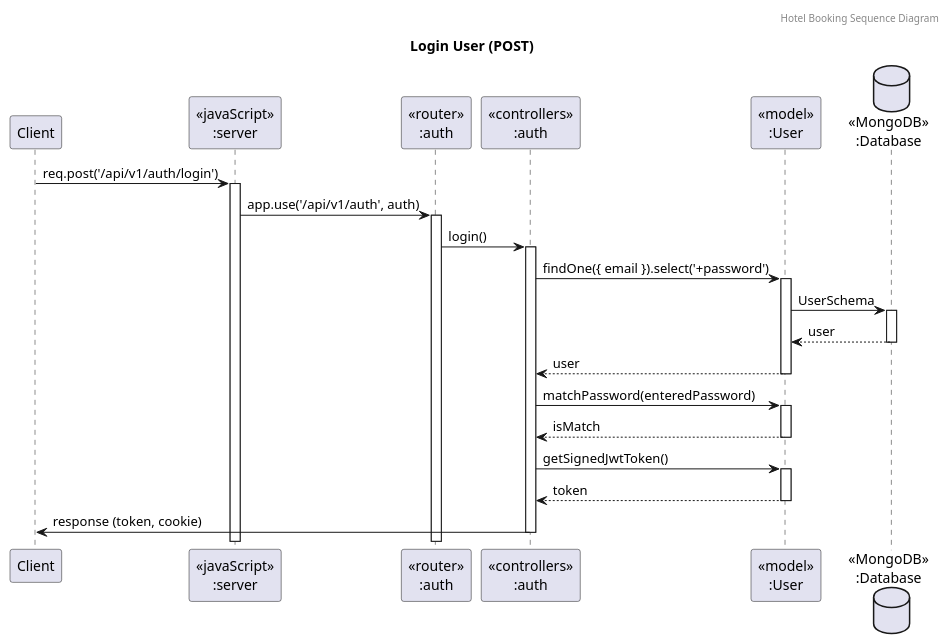
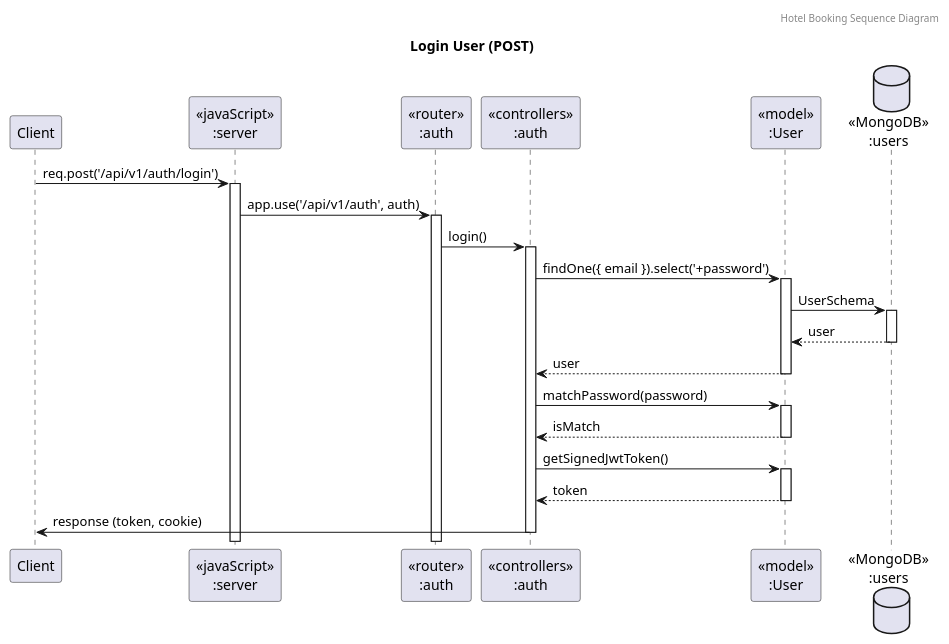
The diagram in UMLDocuments/Sequence/User/UserLogin (Post)/UserLogin.puml (CaseCrescent/BackEnd-TestProject), drawn with PlantUML before and after one commit. The commit also changed 13 other files, not shown here.

```diff
--- a/UMLDocuments/Sequence/User/UserLogin (Post)/UserLogin.puml
+++ b/UMLDocuments/Sequence/User/UserLogin (Post)/UserLogin.puml
@@ -1,33 +1,33 @@
 @startuml Login User (POST)
 header Hotel Booking Sequence Diagram
 title "Login User (POST)"
 
 participant "Client" as client
 participant "<<javaScript>>\n:server" as server
 participant "<<router>>\n:auth" as routerAuth
 participant "<<controllers>>\n:auth" as controllersAuth
 participant "<<model>>\n:User" as modelUser
-database "<<MongoDB>>\n:Database" as Database
+database "<<MongoDB>>\n:users" as Database
 
 client->server ++:req.post('/api/v1/auth/login')
 server->routerAuth ++:app.use('/api/v1/auth', auth)
 routerAuth -> controllersAuth ++:login()
 
 ' Check existing user
 controllersAuth->modelUser ++:findOne({ email }).select('+password')
 modelUser ->Database ++: UserSchema
 Database --> modelUser --: user
 modelUser --> controllersAuth --: user
 
 ' Check password match
-controllersAuth->modelUser ++:matchPassword(enteredPassword)
+controllersAuth->modelUser ++:matchPassword(password)
 modelUser --> controllersAuth --: isMatch
 
 ' Generate Token
 controllersAuth->modelUser ++:getSignedJwtToken()
 modelUser --> controllersAuth --: token
 
 ' Send Response with Cookie
 controllersAuth->client --:response (token, cookie)
 
 @enduml
```
